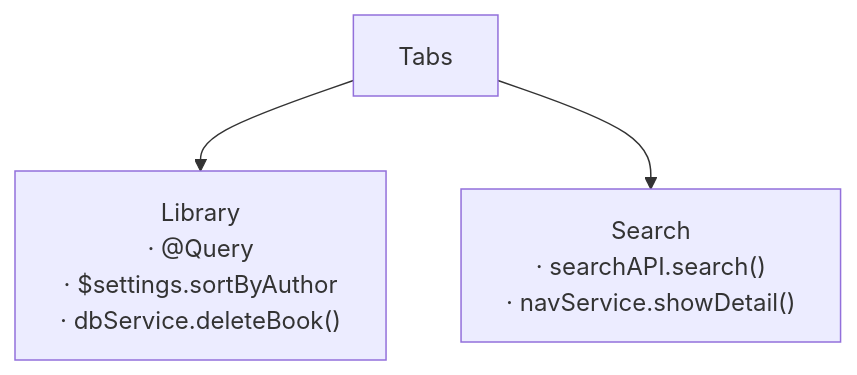
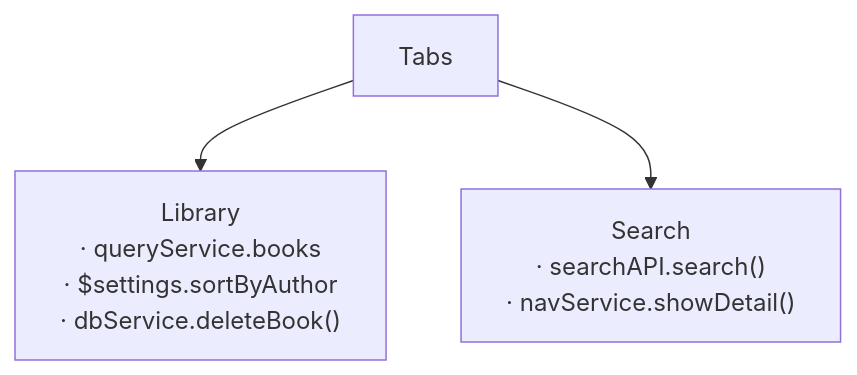
Before and after one commit to sisoje/hypermodular: the third of 8 diagrams in hypermodular/SKILL.md, drawn with Mermaid. The commit also changed other lines of this file and 26 other files, not shown here.

````diff
--- a/hypermodular/SKILL.md
+++ b/hypermodular/SKILL.md
@@ -222,6 +225,6 @@
 ```mermaid
 %% Root: Tabs · Parent: Landing (../MAP.md)
 flowchart TD
-    Tabs --> Library["Library<br/>· @Query<br/>· $settings.sortByAuthor<br/>· dbService.deleteBook()"]
+    Tabs --> Library["Library<br/>· queryService.books<br/>· $settings.sortByAuthor<br/>· dbService.deleteBook()"]
     Tabs --> Search["Search<br/>· searchAPI.search()<br/>· navService.showDetail()"]
 ```
````
